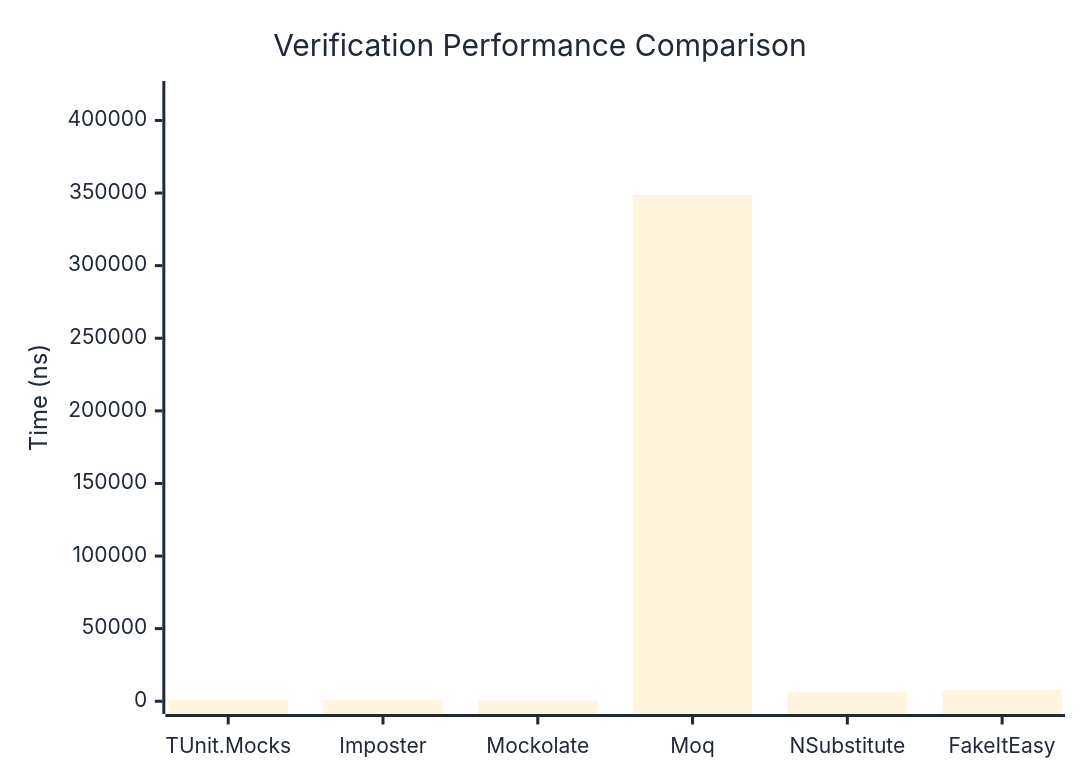
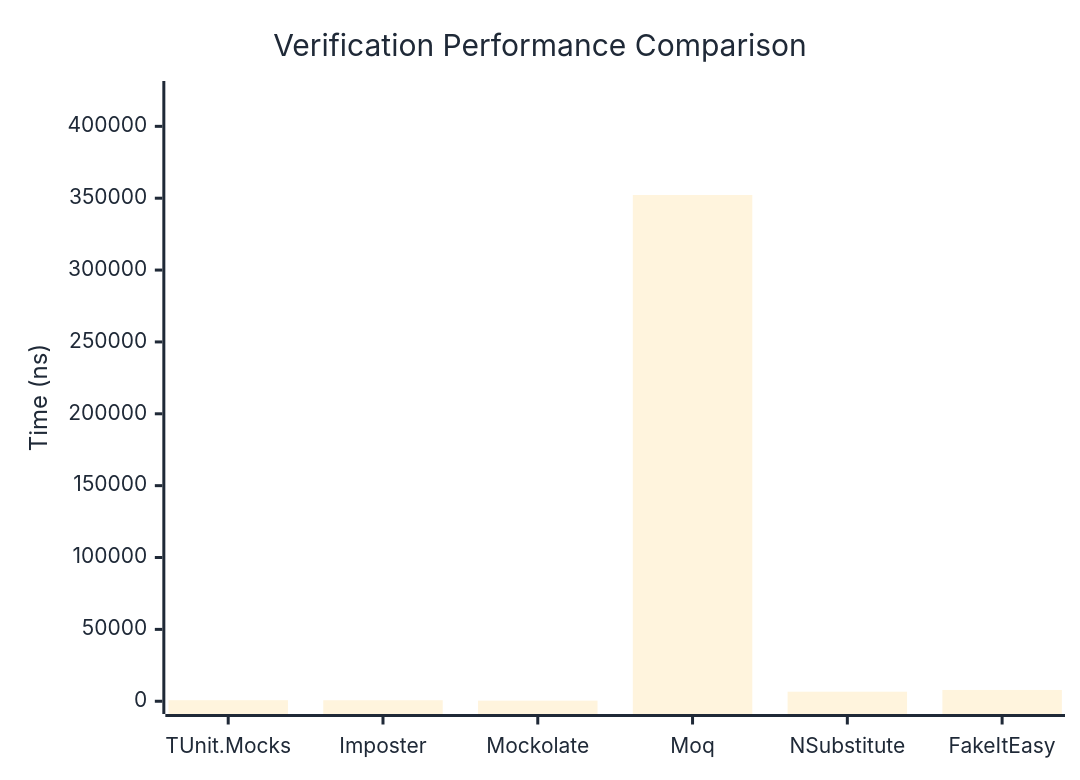
The first of 3 diagrams in docs/docs/benchmarks/mocks/Verification.md (thomhurst/TUnit), drawn with Mermaid before and after one commit. The commit also changed other lines of this file and 14 other files, not shown here.

````diff
--- a/docs/docs/benchmarks/mocks/Verification.md
+++ b/docs/docs/benchmarks/mocks/Verification.md
@@ -30,27 +30,27 @@
 ```mermaid
 %%{init: {
   'theme':'base',
   'themeVariables': {
     'primaryColor': '#2563eb',
     'primaryTextColor': '#1f2937',
     'primaryBorderColor': '#1e40af',
     'lineColor': '#6b7280',
     'secondaryColor': '#7c3aed',
     'tertiaryColor': '#dc2626',
     'background': '#ffffff',
     'pie1': '#2563eb',
     'pie2': '#7c3aed',
     'pie3': '#dc2626',
     'pie4': '#f59e0b',
     'pie5': '#10b981',
     'pie6': '#06b6d4',
     'pie7': '#ec4899',
     'pie8': '#6366f1'
   }
 }}%%
 xychart-beta
   title "Verification Performance Comparison"
   x-axis ["TUnit.Mocks", "Imposter", "Mockolate", "Moq", "NSubstitute", "FakeItEasy"]
-  y-axis "Time (ns)" 0 --> 418389
-  bar [765.52, 762.21, 452.26, 348657.31, 6630.49, 7724.77]
+  y-axis "Time (ns)" 0 --> 422674
+  bar [745.25, 707, 414.7, 352228.21, 6649.92, 7861.88]
 ```
````
